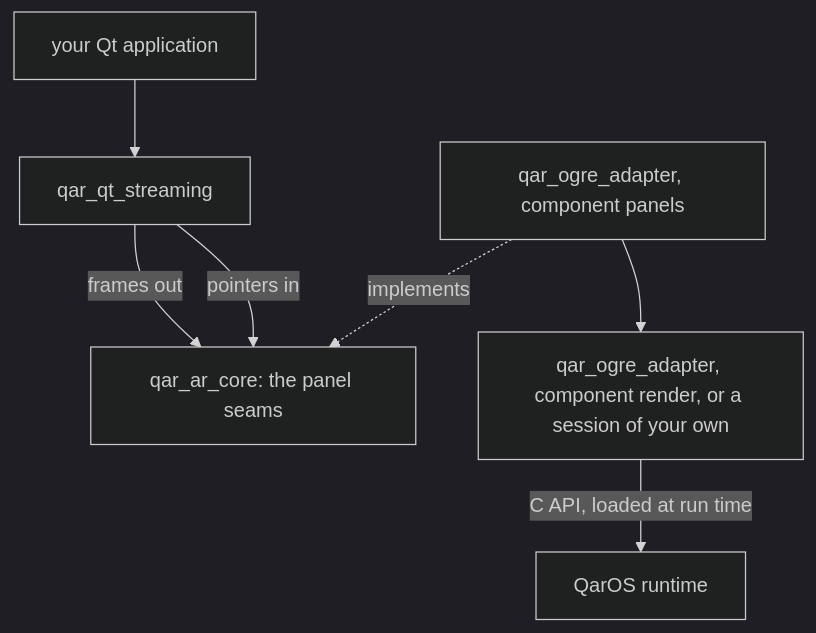
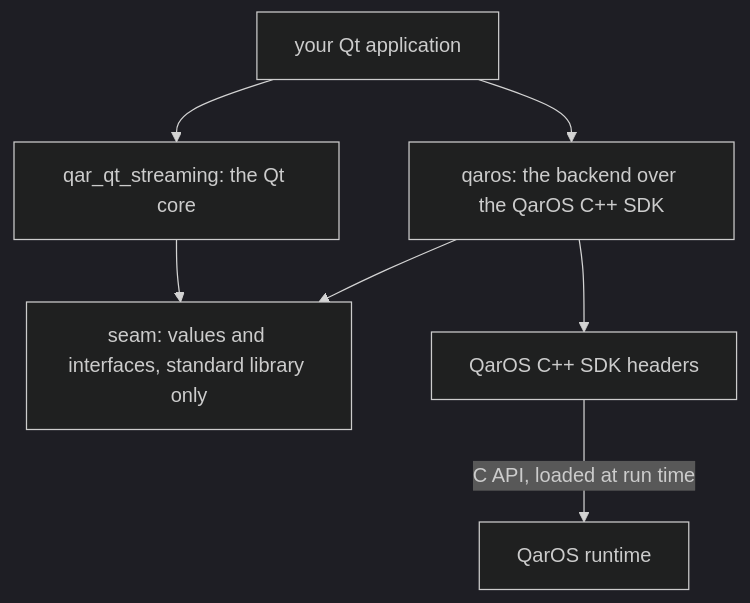
The first of 4 diagrams in docs/ARCHITECTURE.md (Quaternar/qaros-qt), drawn with Mermaid (dark theme) before and after one commit. The commit also changed other lines of this file and 20 other files, not shown here.

First line of the commit message:
docs: qaros-qt 0.2.0 as a standalone Qt panel package

````diff
--- a/docs/ARCHITECTURE.md
+++ b/docs/ARCHITECTURE.md
@@ -9,15 +11,15 @@
 ```mermaid
 flowchart TB
   app["your Qt application"]
-  lib["qar_qt_streaming"]
-  core["qar_ar_core: the panel seams"]
-  panels["qar_ogre_adapter, component panels"]
-  session["qar_ogre_adapter, component render, or a session of your own"]
-  qaros["QarOS runtime"]
-  app --> lib
-  lib -- "frames out" --> core
-  lib -- "pointers in" --> core
-  panels -. implements .-> core
-  panels --> session
-  session -- "C API, loaded at run time" --> qaros
+  core["qar_qt_streaming: the Qt core"]
+  seam["seam: values and interfaces, standard library only"]
+  qaros["qaros: the backend over the QarOS C++ SDK"]
+  sdk["QarOS C++ SDK headers"]
+  runtime["QarOS runtime"]
+  app --> core
+  app --> qaros
+  core --> seam
+  qaros --> seam
+  qaros --> sdk
+  sdk -- "C API, loaded at run time" --> runtime
 ```
````
